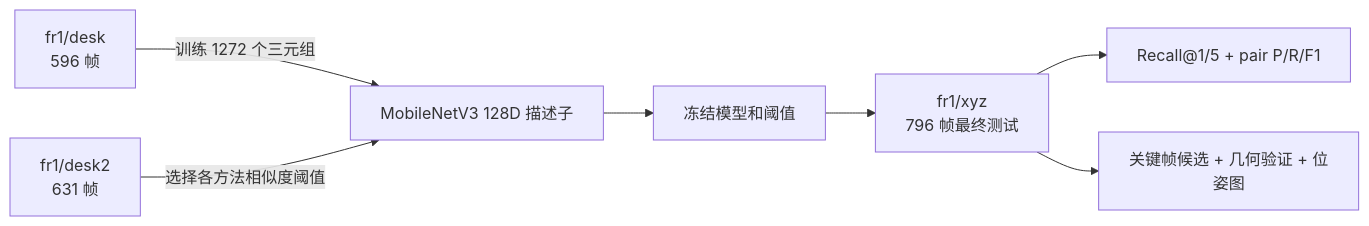
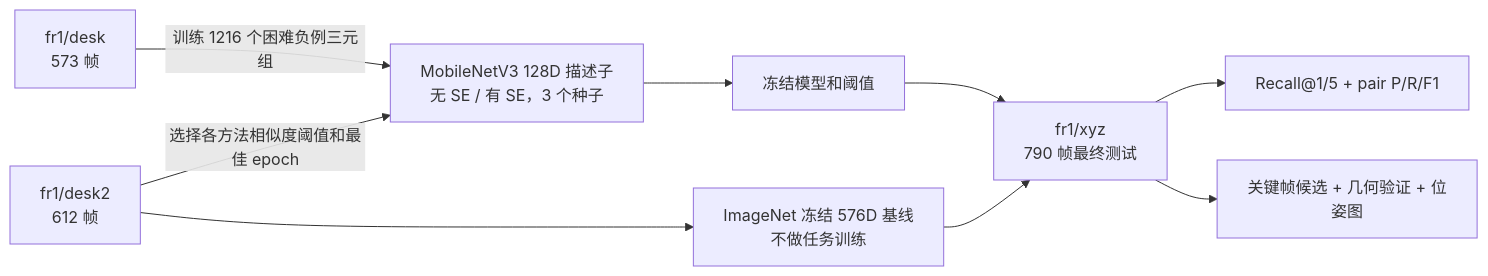
Before and after one commit to yang07-29/RGB-D: the second of 3 diagrams in docs/ARCHITECTURE.md, drawn with Mermaid. The commit also changed other lines of this file and 52 other files, not shown here.

````diff
--- a/docs/ARCHITECTURE.md
+++ b/docs/ARCHITECTURE.md
@@ -57,9 +57,11 @@
 ```mermaid
 flowchart LR
-    T["fr1/desk\n596 帧"] -->|"训练 1272 个三元组"| M["MobileNetV3 128D 描述子"]
-    V["fr1/desk2\n631 帧"] -->|"选择各方法相似度阈值"| M
+    T["fr1/desk\n573 帧"] -->|"训练 1216 个困难负例三元组"| M["MobileNetV3 128D 描述子\n无 SE / 有 SE，3 个种子"]
+    V["fr1/desk2\n612 帧"] -->|"选择各方法相似度阈值和最佳 epoch"| M
+    V --> B["ImageNet 冻结 576D 基线\n不做任务训练"]
     M --> X["冻结模型和阈值"]
-    X --> S["fr1/xyz\n796 帧最终测试"]
+    B --> S["fr1/xyz\n790 帧最终测试"]
+    X --> S
     S --> C["Recall@1/5 + pair P/R/F1"]
     S --> G["关键帧候选 + 几何验证 + 位姿图"]
 ```
````
